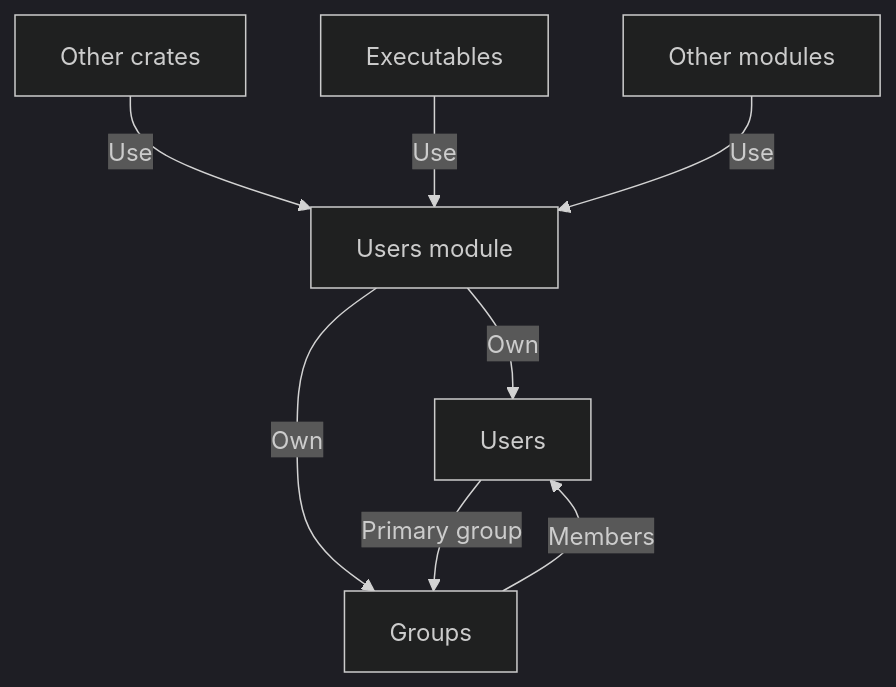
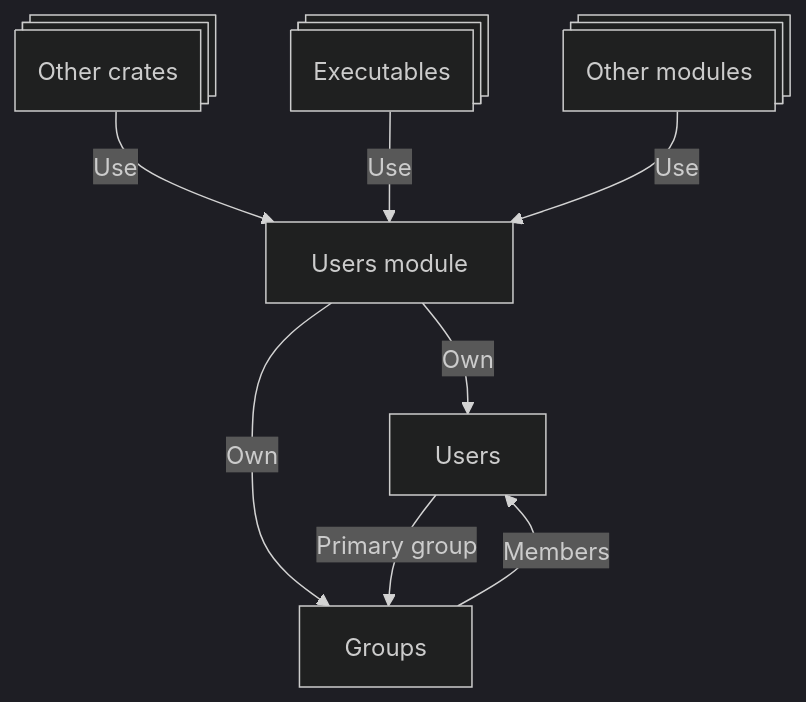
Before and after one commit to Xila-Project/Website: the diagram in src/guide/architecture/modules/users.md, drawn with Mermaid (dark theme).

Commit message:
fix: update mermaid diagram syntax for clarity in users module documentation

````diff
--- a/src/guide/architecture/modules/users.md
+++ b/src/guide/architecture/modules/users.md
@@ -27,20 +27,20 @@
 ```mermaid
 graph TD
-    Other_crates[Other crates]
-    Executables[Executables]
-    Other_modules[Other modules]
+    Other_crates@{ shape: processes, label: "Other crates" }
+    Executables@{ shape: processes, label: "Executables" }
+    Other_modules@{ shape: processes, label: "Other modules" }
     Users_module[Users module]
     Users[Users]
     Groups[Groups]
 
     Other_crates -->|Use| Users_module
     Executables -->|Use| Users_module
     Other_modules -->|Use| Users_module
     Users_module -->|Own| Users
     Users_module -->|Own| Groups
 
     Users -->|Primary group| Groups
     Groups -->|Members| Users
 
 
 ```
````
